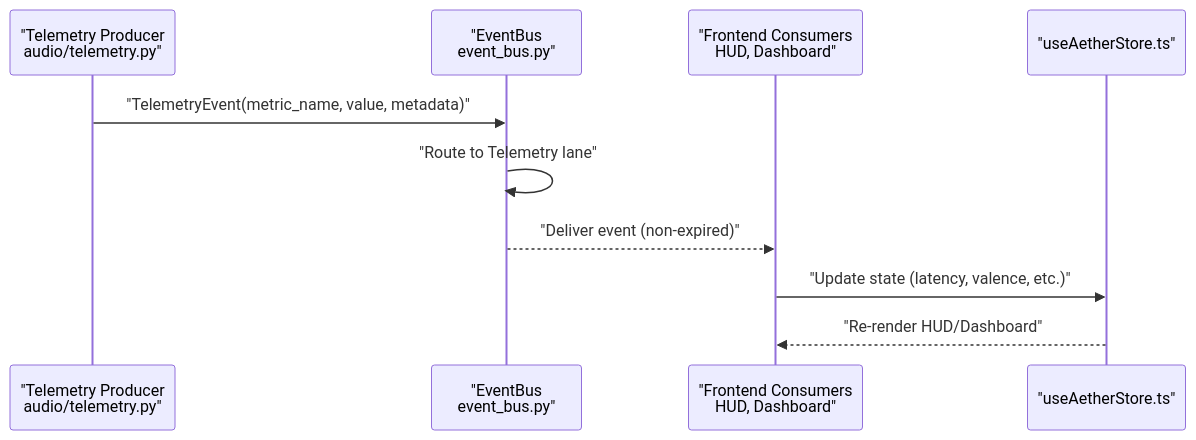
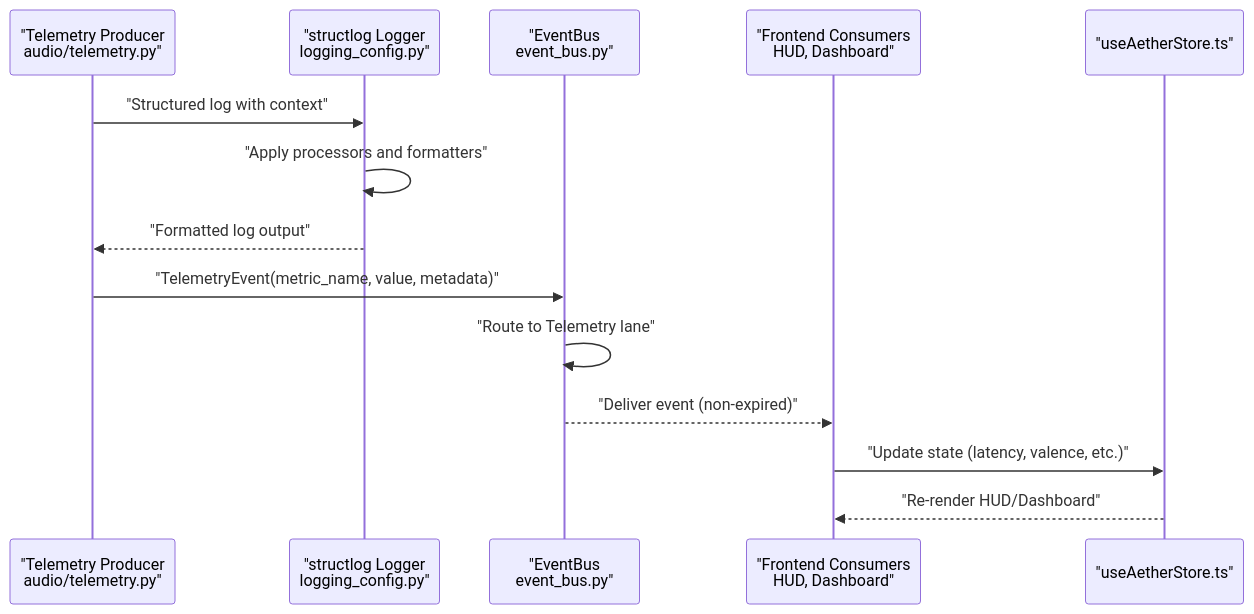
The second of 12 diagrams in .qoder/repowiki/en/content/Deployment and Operations/Monitoring and Operational Logging.md (Moeabdelaziz007/Aether-Voice-OS), drawn with Mermaid before and after one commit. The commit also changed other lines of this file and 29 other files, not shown here.

````diff
--- a/.qoder/repowiki/en/content/Deployment and Operations/Monitoring and Operational Logging.md
+++ b/.qoder/repowiki/en/content/Deployment and Operations/Monitoring and Operational Logging.md
@@ -131,12 +148,16 @@
 ```mermaid
 sequenceDiagram
 participant Producer as "Telemetry Producer<br/>audio/telemetry.py"
+participant Structlog as "structlog Logger<br/>logging_config.py"
 participant Bus as "EventBus<br/>event_bus.py"
 participant Consumer as "Frontend Consumers<br/>HUD, Dashboard"
 participant Store as "useAetherStore.ts"
+Producer->>Structlog : "Structured log with context"
+Structlog->>Structlog : "Apply processors and formatters"
+Structlog-->>Producer : "Formatted log output"
 Producer->>Bus : "TelemetryEvent(metric_name, value, metadata)"
 Bus->>Bus : "Route to Telemetry lane"
 Bus-->>Consumer : "Deliver event (non-expired)"
 Consumer->>Store : "Update state (latency, valence, etc.)"
 Store-->>Consumer : "Re-render HUD/Dashboard"
 ```
````
